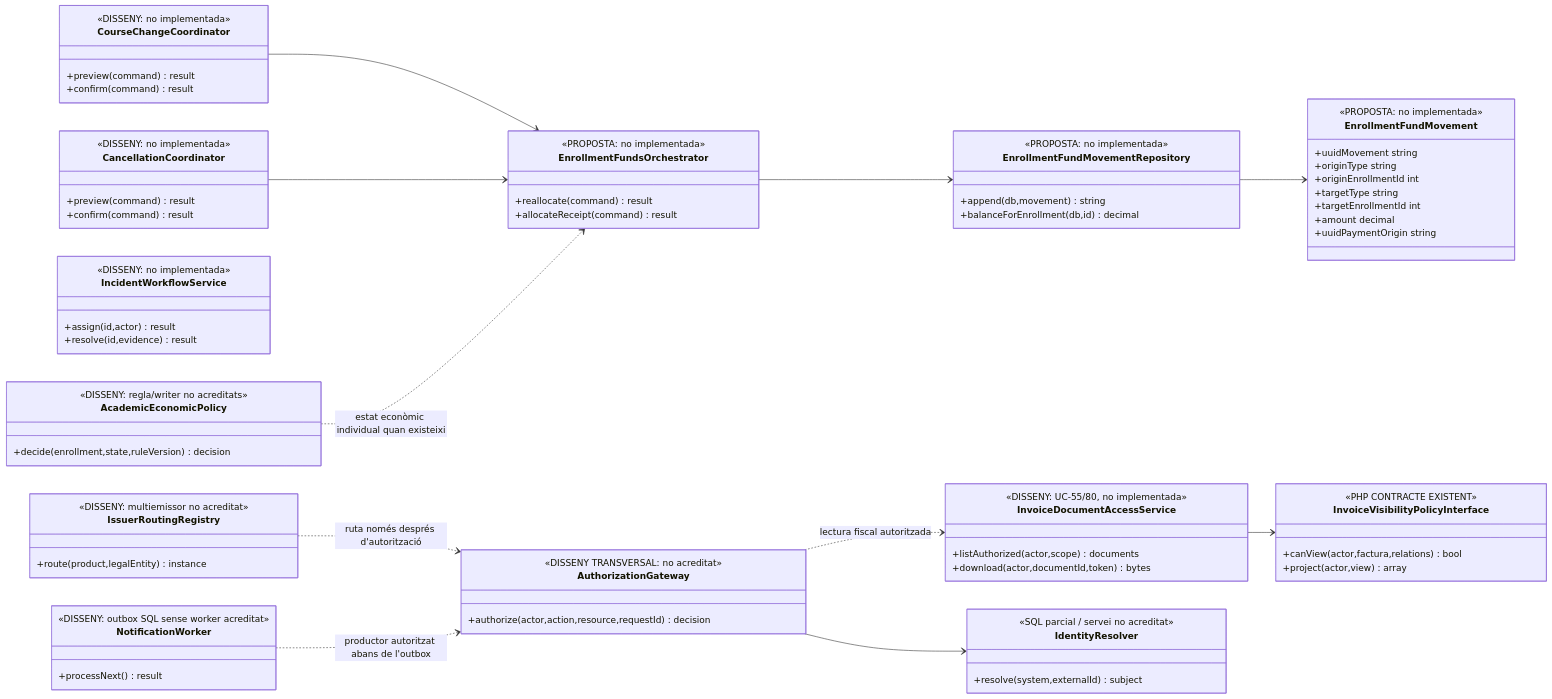
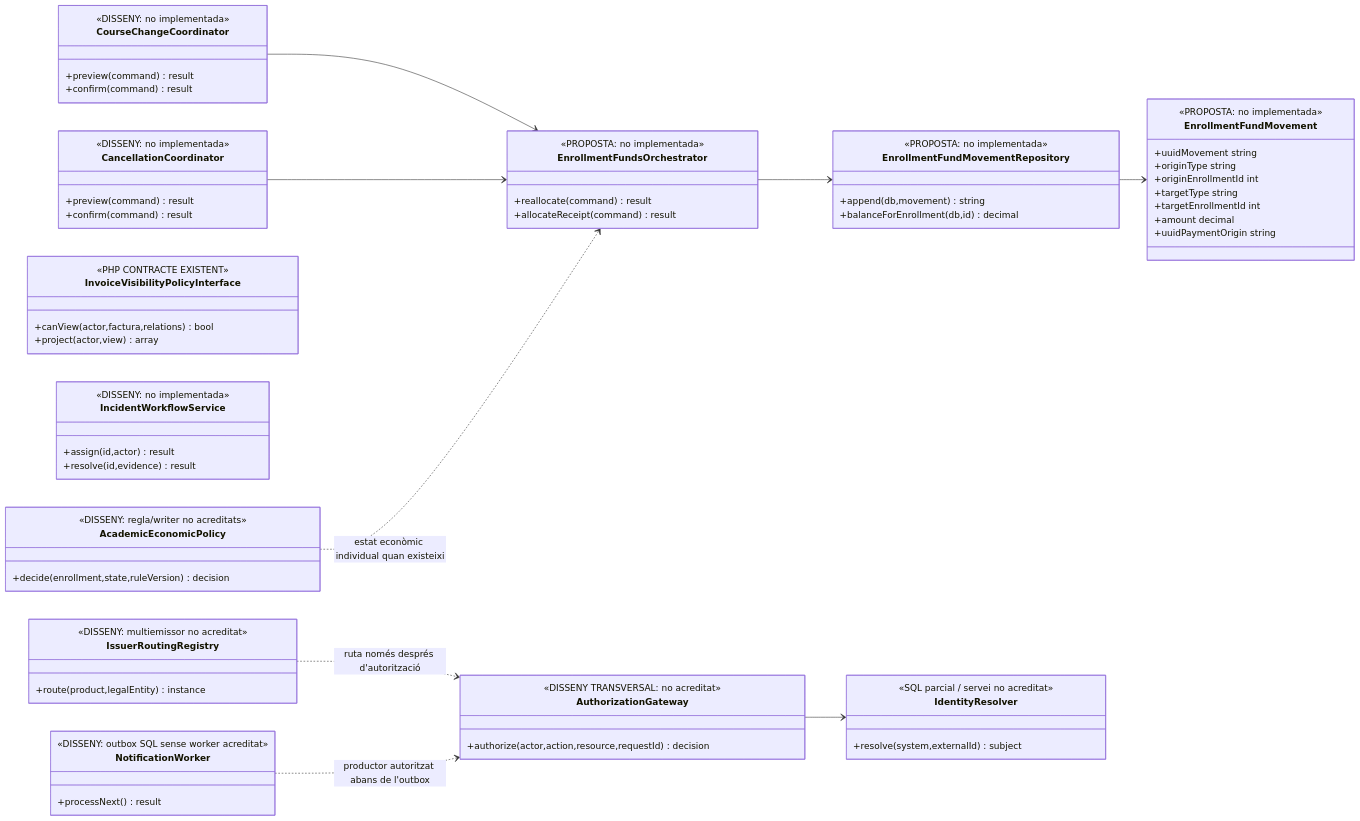
Diagram 17 of 28 in documentacio/07-uml-integrat/00-model-classes-general.md (orgmeriemprismacat-del/verifactu), drawn with Mermaid before and after one commit. The commit also changed other lines of this file, not shown here.

````diff
--- a/documentacio/07-uml-integrat/00-model-classes-general.md
+++ b/documentacio/07-uml-integrat/00-model-classes-general.md
@@ -805,79 +805,72 @@
 ```mermaid
 classDiagram
 direction LR
 class EnrollmentFundMovement {
  <<PROPOSTA: no implementada>>
  +uuidMovement string
  +originType string
  +originEnrollmentId int
  +targetType string
  +targetEnrollmentId int
  +amount decimal
  +uuidPaymentOrigin string
 }
 class EnrollmentFundMovementRepository {
  <<PROPOSTA: no implementada>>
  +append(db,movement) string
  +balanceForEnrollment(db,id) decimal
 }
 class EnrollmentFundsOrchestrator {
  <<PROPOSTA: no implementada>>
  +reallocate(command) result
  +allocateReceipt(command) result
 }
 class CourseChangeCoordinator {
  <<DISSENY: no implementada>>
  +preview(command) result
  +confirm(command) result
 }
 class CancellationCoordinator {
  <<DISSENY: no implementada>>
  +preview(command) result
  +confirm(command) result
 }
 class InvoiceVisibilityPolicyInterface {
  <<PHP CONTRACTE EXISTENT>>
  +canView(actor,factura,relations) bool
  +project(actor,view) array
 }
-class InvoiceDocumentAccessService {
- <<DISSENY: UC-55/80, no implementada>>
- +listAuthorized(actor,scope) documents
- +download(actor,documentId,token) bytes
-}
 class IncidentWorkflowService {
  <<DISSENY: no implementada>>
  +assign(id,actor) result
  +resolve(id,evidence) result
 }
 class AuthorizationGateway {
  <<DISSENY TRANSVERSAL: no acreditat>>
  +authorize(actor,action,resource,requestId) decision
 }
 class IdentityResolver {
  <<SQL parcial / servei no acreditat>>
  +resolve(system,externalId) subject
 }
 class IssuerRoutingRegistry {
  <<DISSENY: multiemissor no acreditat>>
  +route(product,legalEntity) instance
 }
 class NotificationWorker {
  <<DISSENY: outbox SQL sense worker acreditat>>
  +processNext() result
 }
 class AcademicEconomicPolicy {
  <<DISSENY: regla/writer no acreditats>>
  +decide(enrollment,state,ruleVersion) decision
 }
 CourseChangeCoordinator --> EnrollmentFundsOrchestrator
 CancellationCoordinator --> EnrollmentFundsOrchestrator
 EnrollmentFundsOrchestrator --> EnrollmentFundMovementRepository
 EnrollmentFundMovementRepository --> EnrollmentFundMovement
-InvoiceDocumentAccessService --> InvoiceVisibilityPolicyInterface
 AuthorizationGateway --> IdentityResolver
-AuthorizationGateway ..> InvoiceDocumentAccessService : lectura fiscal autoritzada
 IssuerRoutingRegistry ..> AuthorizationGateway : ruta només després d'autorització
 NotificationWorker ..> AuthorizationGateway : productor autoritzat abans de l'outbox
 AcademicEconomicPolicy ..> EnrollmentFundsOrchestrator : estat econòmic individual quan existeixi
 ```
````
